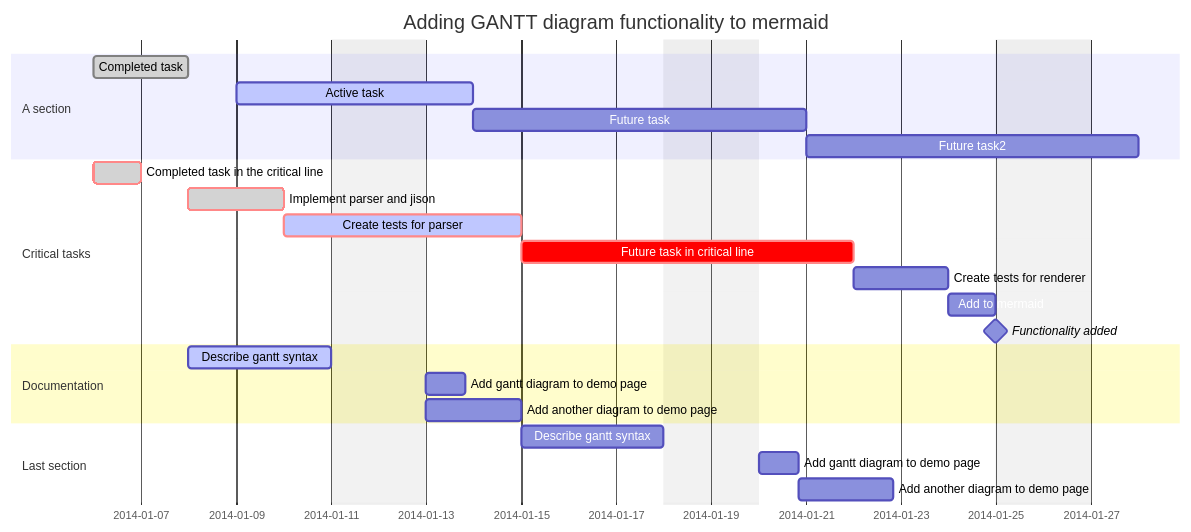
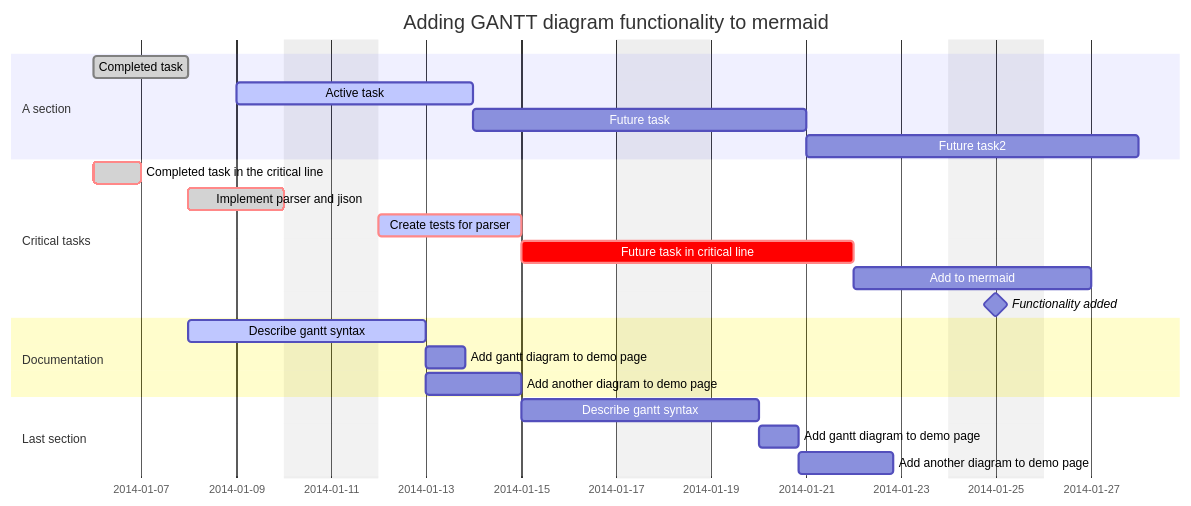
One commit to ayvi-0001/mermaid-gantt-formatter changed the second of 3 diagrams in README.md. Above: the diagram before and after it, drawn with Mermaid. The commit also changed other lines of this file and 2 other files, not shown here.

Commit message:
docs: udpate example diagram/commands

````diff
--- a/README.md
+++ b/README.md
@@ -85,32 +101,36 @@
 ```mmd
 gantt
-  dateFormat  YYYY-MM-DD
-  title       Adding GANTT diagram functionality to mermaid
-  excludes    weekends
-%% (`excludes` accepts specific dates in YYYY-MM-DD format, days of the week ("sunday") or "weekends", but not the word "weekdays".)
+  dateFormat YYYY-MM-DD
+  title Adding GANTT diagram functionality to mermaid
+  %% (`excludes` accepts specific dates in YYYY-MM-DD format, days of the week ("sunday") or "weekends", but not the word "weekdays".)
+  excludes weekends
+  %% Weekend (v\11.0.0+)
+  weekend friday
 
+%% Do first
   section A section
-    Completed task                       : done  ,                     des1   ,  2014-01-06,  2014-01-08
-    Active task                          : active,                     des2   ,  2014-01-09,  3d
-    Future task                          :                             des3   ,  after des2,  5d
-    Future task2                         :                             des4   ,  after des3,  5d
+    Completed task                      : done  ,                  des1   , 2014-01-06, 2014-01-08
+    Active task                         : active,                  des2   , 2014-01-09, 3d
+    Future task                         :                          des3   , after des2, 5d
+    Future task2                        :                          des4   , after des3, 5d
 
   section Critical tasks
-    Completed task in the critical line  : done  ,  crit,                        2014-01-06,  24h
-    Implement parser and jison           : done  ,  crit,                        after des1,  2d
-    Create tests for parser              : active,  crit,                                     3d
-    Future task in critical line         :          crit,                                     5d
-    Create tests for renderer            :                                                    2d
-    Add to mermaid                       :                                                    until isadded
-    Functionality added                  :                 milestone,  isadded,  2014-01-25,  0d
+    Completed task in the critical line : done  , crit,                     2014-01-06, 24h
+    Implement parser and jison          : done  , crit,                     after des1, 2d
+    Create tests for parser             : active, crit,                     3d
+    Future task in critical line        :         crit,                     5d
+%%  Create tests for renderer           :                                   2d
+    Add to mermaid                      :                                   until isadded
+    Functionality added                 :               milestone, isadded, 2014-01-25, 0d
 
   section Documentation
-    Describe gantt syntax                : active,                     a1     ,  after des1,  3d
-    Add gantt diagram to demo page       :                                       after a1  ,  20h
-    Add another diagram to demo page     :                             doc1   ,  after a1  ,  48h
+    Describe gantt syntax               : active,                  a1     , after des1, 3d
+    Add gantt diagram to demo page      :                                   after a1  , 20h
+    Add another diagram to demo page    :                          doc1   , after a1  , 48h
 
   section Last section
-    Describe gantt syntax                :                                       after doc1,  3d
-    Add gantt diagram to demo page       :                                                    20h
-    Add another diagram to demo page     :                                                    48h
+%%  Refer to section Documentation
+    Describe gantt syntax               :                                   after doc1, 3d
+    Add gantt diagram to demo page      :                                   20h
+    Add another diagram to demo page    :                                   48h
 ```
````
